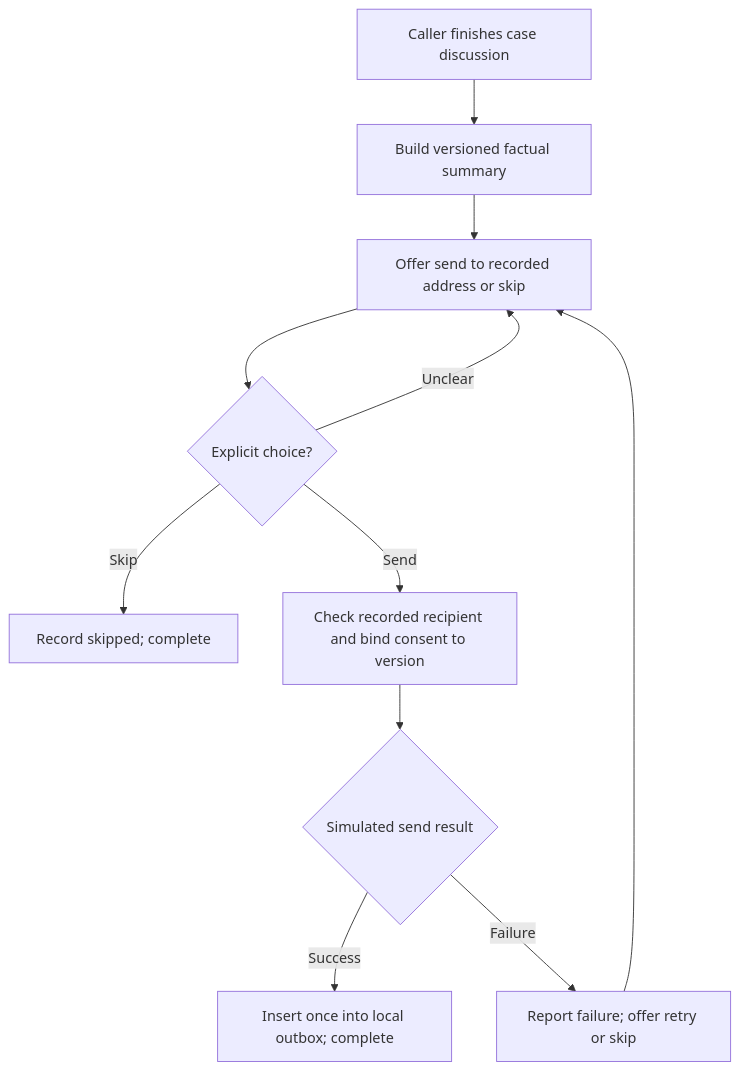
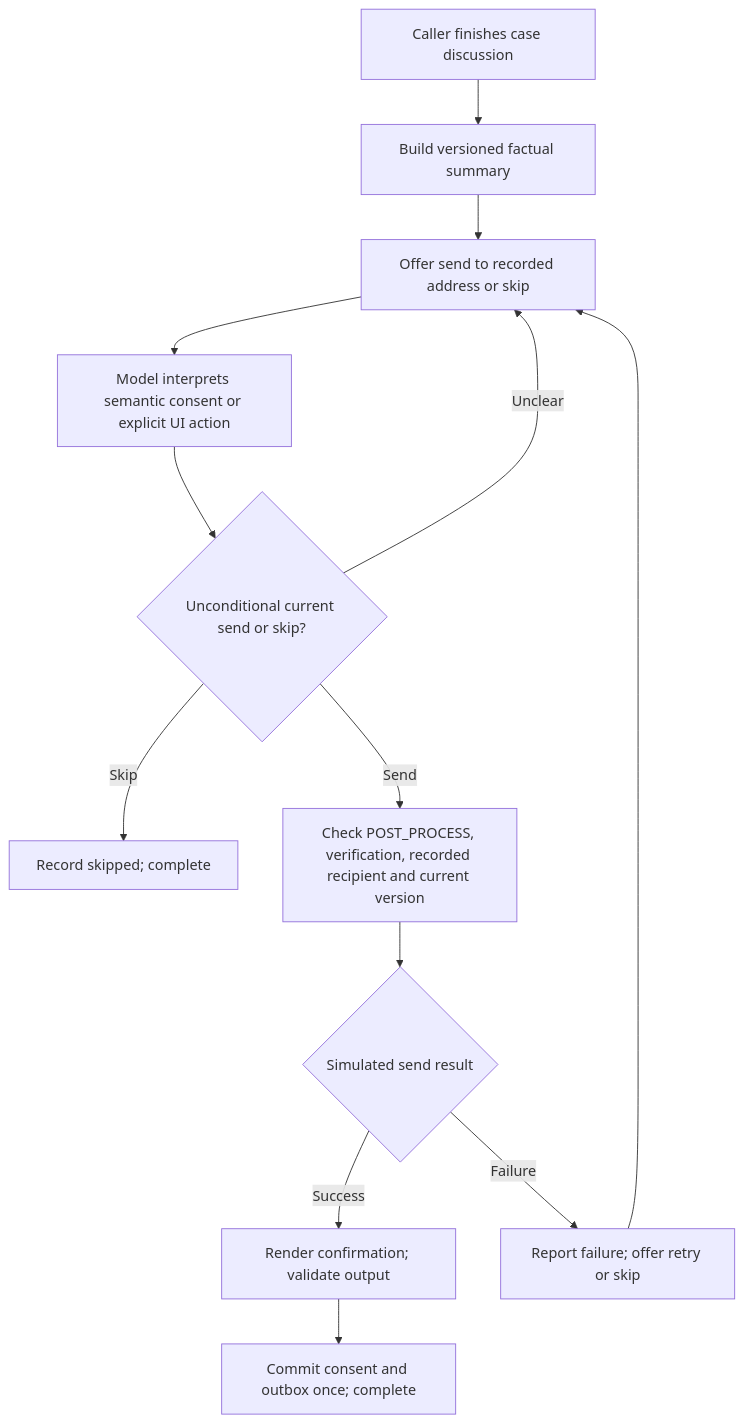
The seventh of 10 diagrams in docs/architecture.md (XinhaoTheo/insurance-claims-sop-agent), drawn with Mermaid before and after one commit. The commit also changed other lines of this file and 1 other file, not shown here.

````diff
--- a/docs/architecture.md
+++ b/docs/architecture.md
@@ -99,13 +138,15 @@
 ```mermaid
 flowchart TD
     Done["Caller finishes case discussion"] --> Draft["Build versioned factual summary"]
     Draft --> Offer["Offer send to recorded address or skip"]
-    Offer --> Choice{"Explicit choice?"}
+    Offer --> Analysis["Model interprets semantic consent or explicit UI action"]
+    Analysis --> Choice{"Unconditional current send or skip?"}
     Choice -->|Unclear| Offer
     Choice -->|Skip| Skip["Record skipped; complete"]
-    Choice -->|Send| Recipient["Check recorded recipient and bind consent to version"]
+    Choice -->|Send| Recipient["Check POST_PROCESS, verification, recorded recipient and current version"]
     Recipient --> Delivery{"Simulated send result"}
-    Delivery -->|Success| Outbox["Insert once into local outbox; complete"]
+    Delivery -->|Success| Render["Render confirmation; validate output"]
+    Render --> Outbox["Commit consent and outbox once; complete"]
     Delivery -->|Failure| Retry["Report failure; offer retry or skip"]
     Retry --> Offer
 ```
````
